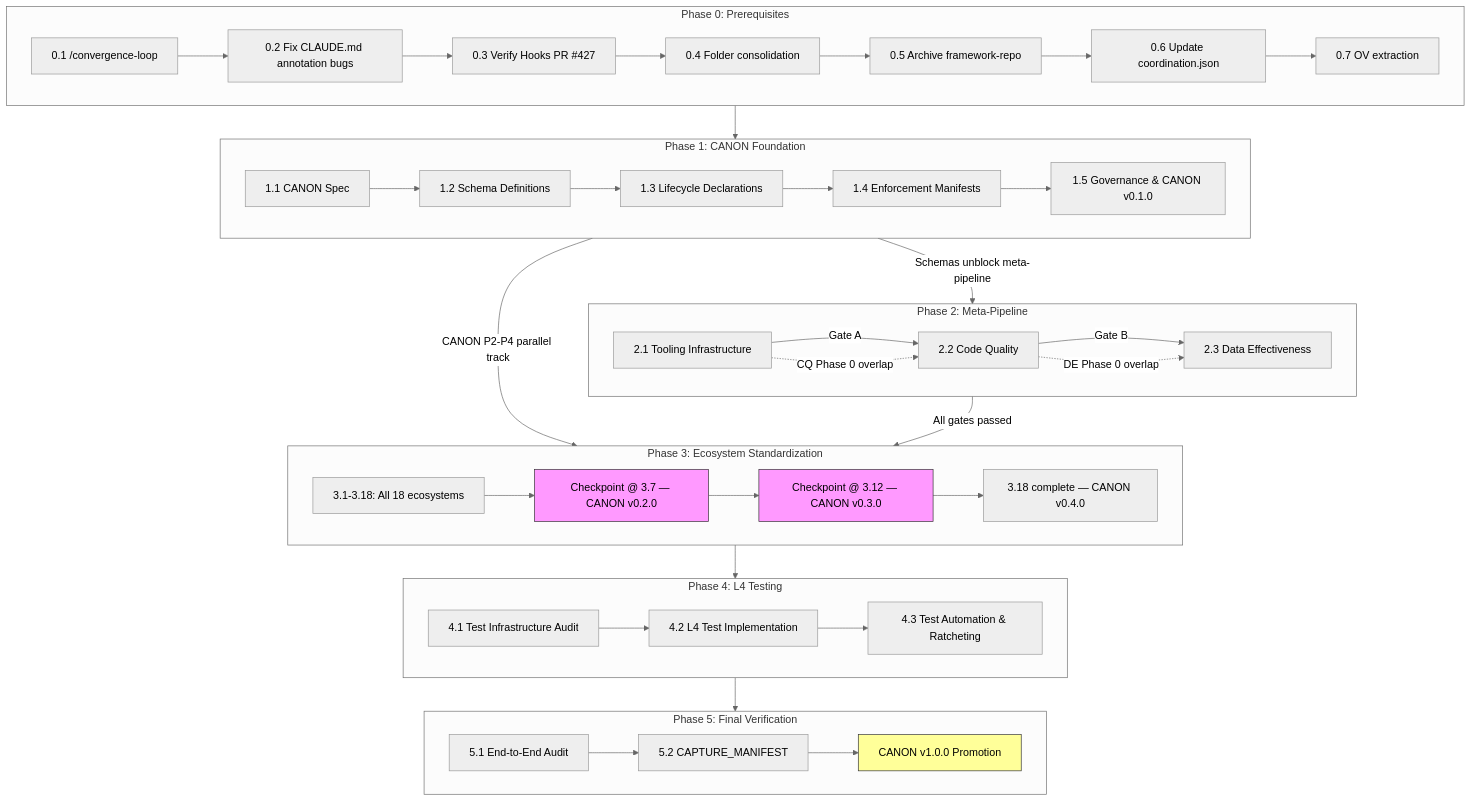
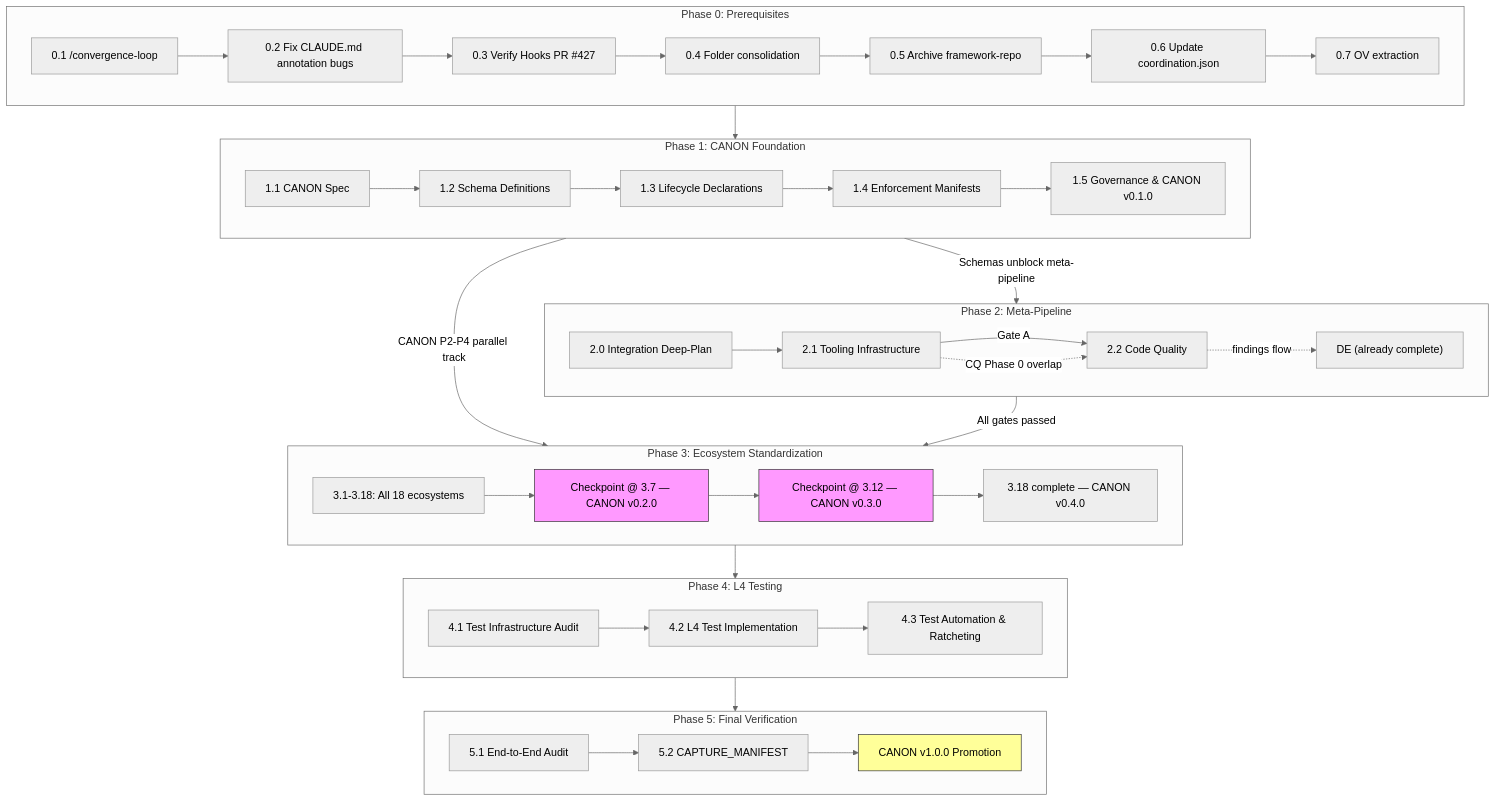
The diagram in .planning/system-wide-standardization/PLAN-v3.md (jasonmichaelbell78-creator/sonash-v0), drawn with Mermaid (neutral theme) before and after one commit. The commit also changed other lines of this file, not shown here.

First line of the commit message:
fix: PLAN-v3.md Phase 4 approval revisions — DE complete, 2-plan meta-pipeline

````diff
--- a/.planning/system-wide-standardization/PLAN-v3.md
+++ b/.planning/system-wide-standardization/PLAN-v3.md
@@ -2267,65 +2277,66 @@
 ```mermaid
 flowchart TD
     subgraph P0["Phase 0: Prerequisites"]
         S0_1["0.1 /convergence-loop"]
         S0_2["0.2 Fix CLAUDE.md annotation bugs"]
         S0_3["0.3 Verify Hooks PR #427"]
         S0_4["0.4 Folder consolidation"]
         S0_5["0.5 Archive framework-repo"]
         S0_6["0.6 Update coordination.json"]
         S0_7["0.7 OV extraction"]
         S0_1 --> S0_2 --> S0_3 --> S0_4 --> S0_5 --> S0_6 --> S0_7
     end
 
     subgraph P1["Phase 1: CANON Foundation"]
         S1_1["1.1 CANON Spec"]
         S1_2["1.2 Schema Definitions"]
         S1_3["1.3 Lifecycle Declarations"]
         S1_4["1.4 Enforcement Manifests"]
         S1_5["1.5 Governance & CANON v0.1.0"]
         S1_1 --> S1_2 --> S1_3 --> S1_4 --> S1_5
     end
 
     subgraph P2["Phase 2: Meta-Pipeline"]
+        S2_0["2.0 Integration Deep-Plan"]
         S2_1["2.1 Tooling Infrastructure"]
         S2_2["2.2 Code Quality"]
-        S2_3["2.3 Data Effectiveness"]
+        S2_DE["DE (already complete)"]
+        S2_0 --> S2_1
         S2_1 -- "Gate A" --> S2_2
-        S2_2 -- "Gate B" --> S2_3
         S2_1 -. "CQ Phase 0 overlap" .-> S2_2
-        S2_2 -. "DE Phase 0 overlap" .-> S2_3
+        S2_2 -. "findings flow" .-> S2_DE
     end
 
     subgraph P3["Phase 3: Ecosystem Standardization"]
         S3_eco["3.1-3.18: All 18 ecosystems"]
         S3_cp1["Checkpoint @ 3.7 — CANON v0.2.0"]
         S3_cp2["Checkpoint @ 3.12 — CANON v0.3.0"]
         S3_end["3.18 complete — CANON v0.4.0"]
         S3_eco --> S3_cp1 --> S3_cp2 --> S3_end
     end
 
     subgraph P4["Phase 4: L4 Testing"]
         S4_1["4.1 Test Infrastructure Audit"]
         S4_2["4.2 L4 Test Implementation"]
         S4_3["4.3 Test Automation & Ratcheting"]
         S4_1 --> S4_2 --> S4_3
     end
 
     subgraph P5["Phase 5: Final Verification"]
         S5_1["5.1 End-to-End Audit"]
         S5_2["5.2 CAPTURE_MANIFEST"]
         S5_canon["CANON v1.0.0 Promotion"]
         S5_1 --> S5_2 --> S5_canon
     end
 
     P0 --> P1
     P1 -- "Schemas unblock meta-pipeline" --> P2
     P1 -- "CANON P2-P4 parallel track" --> P3
     P2 -- "All gates passed" --> P3
     P3 --> P4
     P4 --> P5
 
     style S3_cp1 fill:#f9f,stroke:#333
     style S3_cp2 fill:#f9f,stroke:#333
     style S5_canon fill:#ff9,stroke:#333
 ```
````
